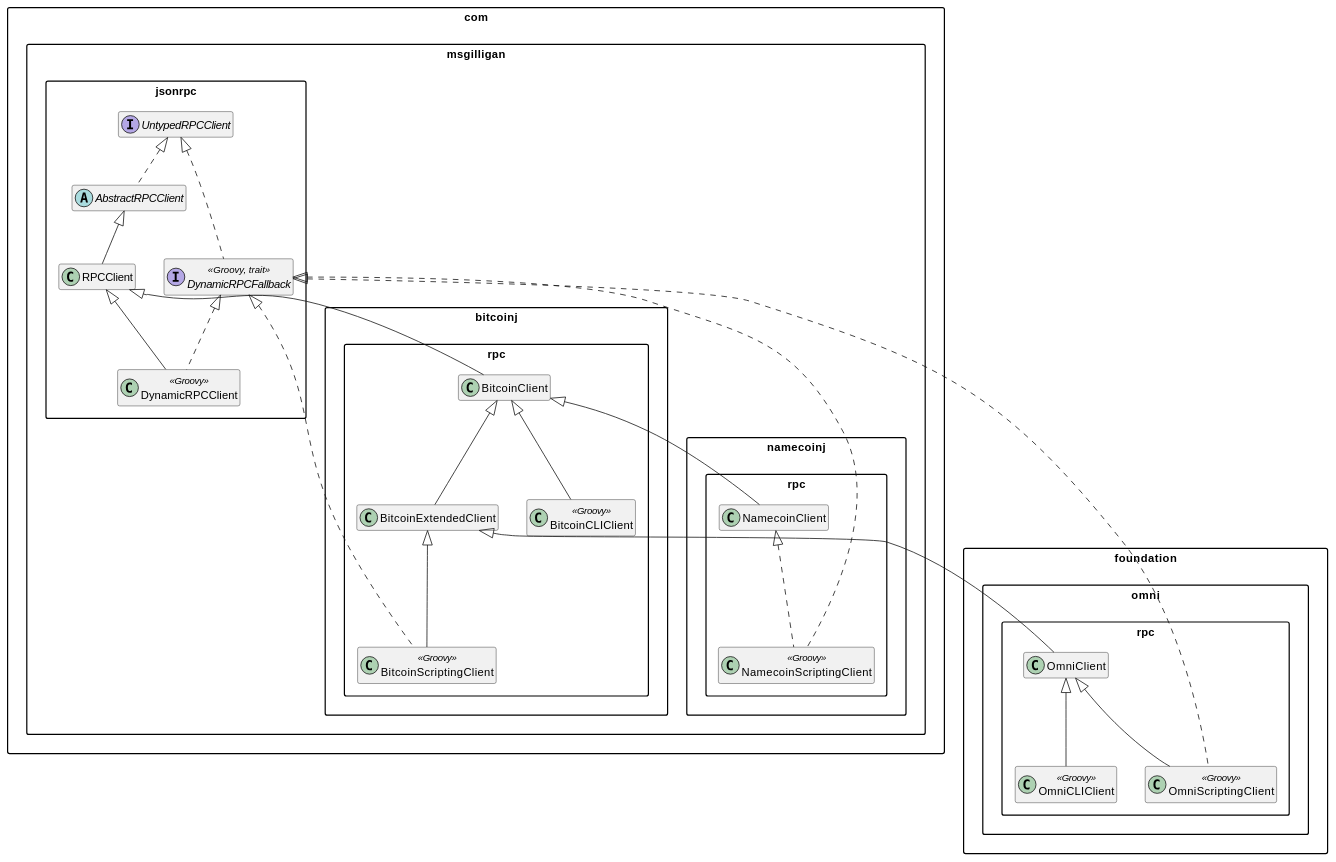
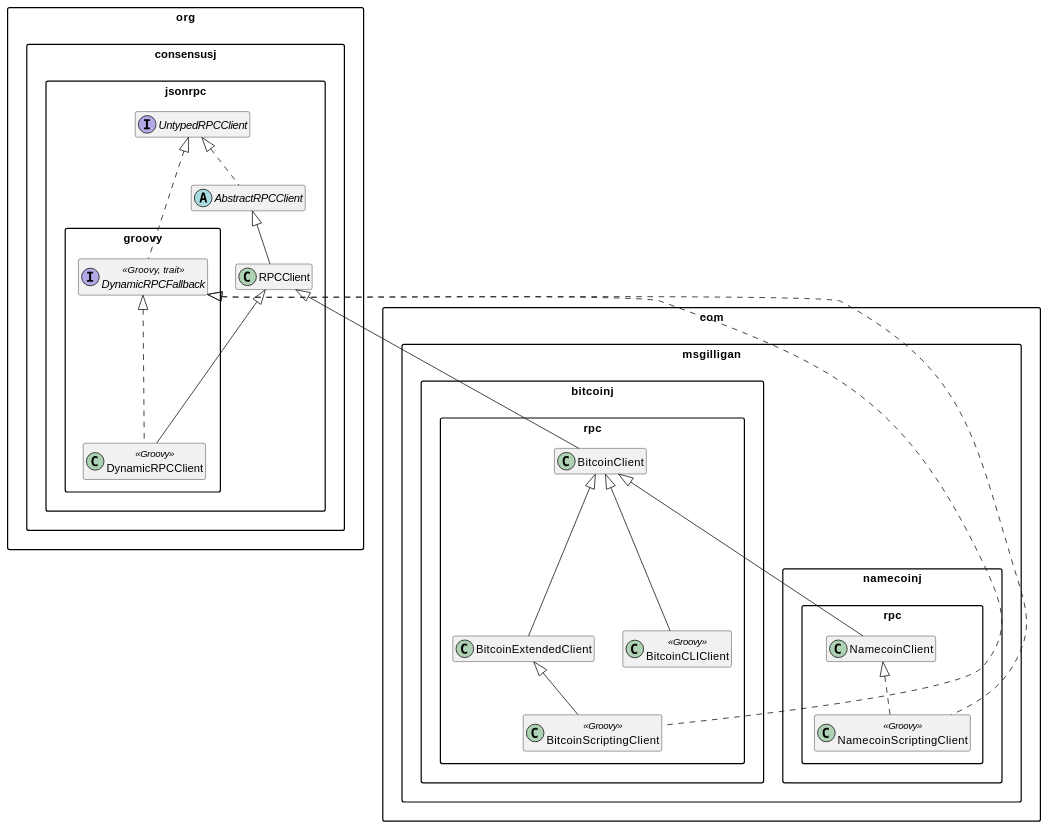
The diagram in doc/consensusj-user-guide.adoc (ConsensusJ/consensusj), drawn with PlantUML before and after one commit. The commit also changed 16 other files, not shown here.

First line of the commit message:
Move o.cj.jsonrpc Groovy files to .groovy subpackage

```diff
--- a/doc/consensusj-user-guide.adoc
+++ b/doc/consensusj-user-guide.adoc
@@ -18,59 +18,49 @@
 [plantuml, format="png", id="Class Diagram"]
 ....
 skinparam packageStyle Rect
 skinparam shadowing false
 hide empty members
 
-namespace com.msgilligan.jsonrpc {
+namespace org.consensusj.jsonrpc {
     interface UntypedRPCClient
     abstract class AbstractRPCClient
-
     class RPCClient
-
-    interface DynamicRPCFallback << Groovy, trait >>
-    class DynamicRPCClient << Groovy >>
 
     UntypedRPCClient <|.. AbstractRPCClient
     AbstractRPCClient <|-- RPCClient
 
-    UntypedRPCClient <|.. DynamicRPCFallback
-    RPCClient <|-- DynamicRPCClient
-    DynamicRPCFallback <|.. DynamicRPCClient
+}
+
+namespace org.consensusj.jsonrpc.groovy {
+  interface DynamicRPCFallback << Groovy, trait >>
+  class DynamicRPCClient << Groovy >>
+
+  org.consensusj.jsonrpc.UntypedRPCClient <|.. DynamicRPCFallback
+  org.consensusj.jsonrpc.RPCClient <|-- DynamicRPCClient
+  DynamicRPCFallback <|.. DynamicRPCClient
 }
 
 namespace com.msgilligan.bitcoinj.rpc {
     class BitcoinClient
     class BitcoinExtendedClient
 
     class BitcoinScriptingClient << Groovy >>
     class BitcoinCLIClient << Groovy >>
 
 
-    com.msgilligan.jsonrpc.RPCClient <|-- BitcoinClient
+    org.consensusj.jsonrpc.RPCClient <|-- BitcoinClient
     BitcoinClient <|-- BitcoinExtendedClient
     BitcoinExtendedClient <|-- BitcoinScriptingClient
-    com.msgilligan.jsonrpc.DynamicRPCFallback <|.. BitcoinScriptingClient
+    org.consensusj.jsonrpc.groovy.DynamicRPCFallback <|.. BitcoinScriptingClient
     BitcoinClient <|-- BitcoinCLIClient
 }
 
 namespace com.msgilligan.namecoinj.rpc {
     class NamecoinClient
     class NamecoinScriptingClient << Groovy >>
 
     com.msgilligan.bitcoinj.rpc.BitcoinClient <|-- NamecoinClient
     NamecoinClient <|.. NamecoinScriptingClient
-    com.msgilligan.jsonrpc.DynamicRPCFallback <|.. NamecoinScriptingClient
-}
-
-namespace foundation.omni.rpc {
-    class OmniClient
-    class OmniScriptingClient << Groovy >>
-    class OmniCLIClient << Groovy >>
-
-
-    com.msgilligan.bitcoinj.rpc.BitcoinExtendedClient <|-- OmniClient
-    OmniClient <|-- OmniScriptingClient
-    com.msgilligan.jsonrpc.DynamicRPCFallback <|.. OmniScriptingClient
-    OmniClient <|-- OmniCLIClient
+    org.consensusj.jsonrpc.groovy.DynamicRPCFallback <|.. NamecoinScriptingClient
 }
 ....
```
